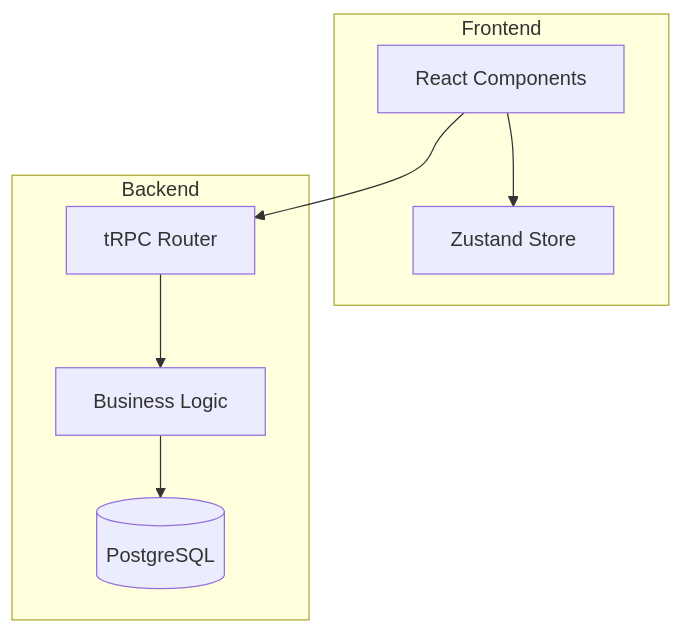
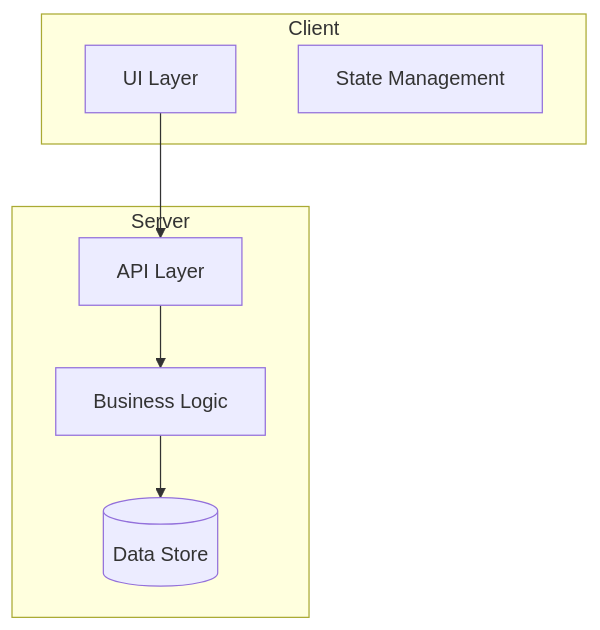
The first of 6 diagrams in project-context/agents/architecture-documenter.md (golovachruslan/claude-pro-skills), drawn with Mermaid before and after one commit. The commit also changed other lines of this file and 3 other files, not shown here.

````diff
--- a/project-context/agents/architecture-documenter.md
+++ b/project-context/agents/architecture-documenter.md
@@ -83,16 +84,15 @@
 ```mermaid
 graph TB
-    subgraph Frontend
-        UI[React Components]
-        State[Zustand Store]
+    subgraph Client
+        UI[UI Layer]
+        State[State Management]
     end
-    subgraph Backend
-        API[tRPC Router]
-        Services[Business Logic]
-        DB[(PostgreSQL)]
+    subgraph Server
+        API[API Layer]
+        Logic[Business Logic]
+        Data[(Data Store)]
     end
-    UI --> State
     UI --> API
-    API --> Services
-    Services --> DB
+    API --> Logic
+    Logic --> Data
 ```
````
